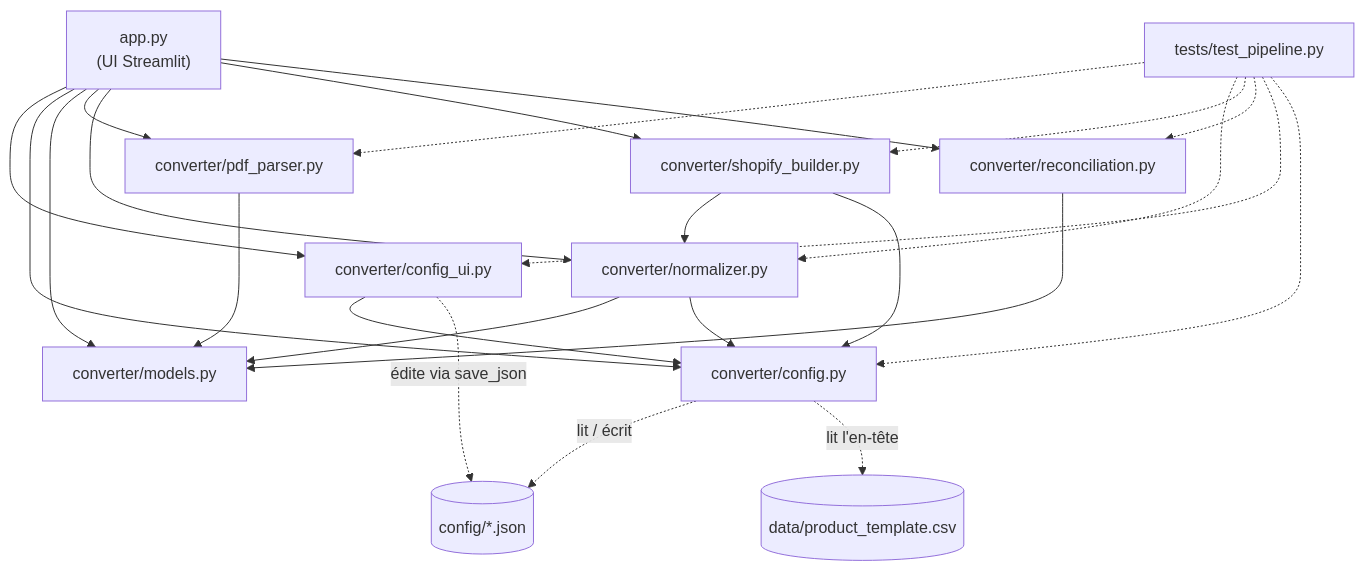
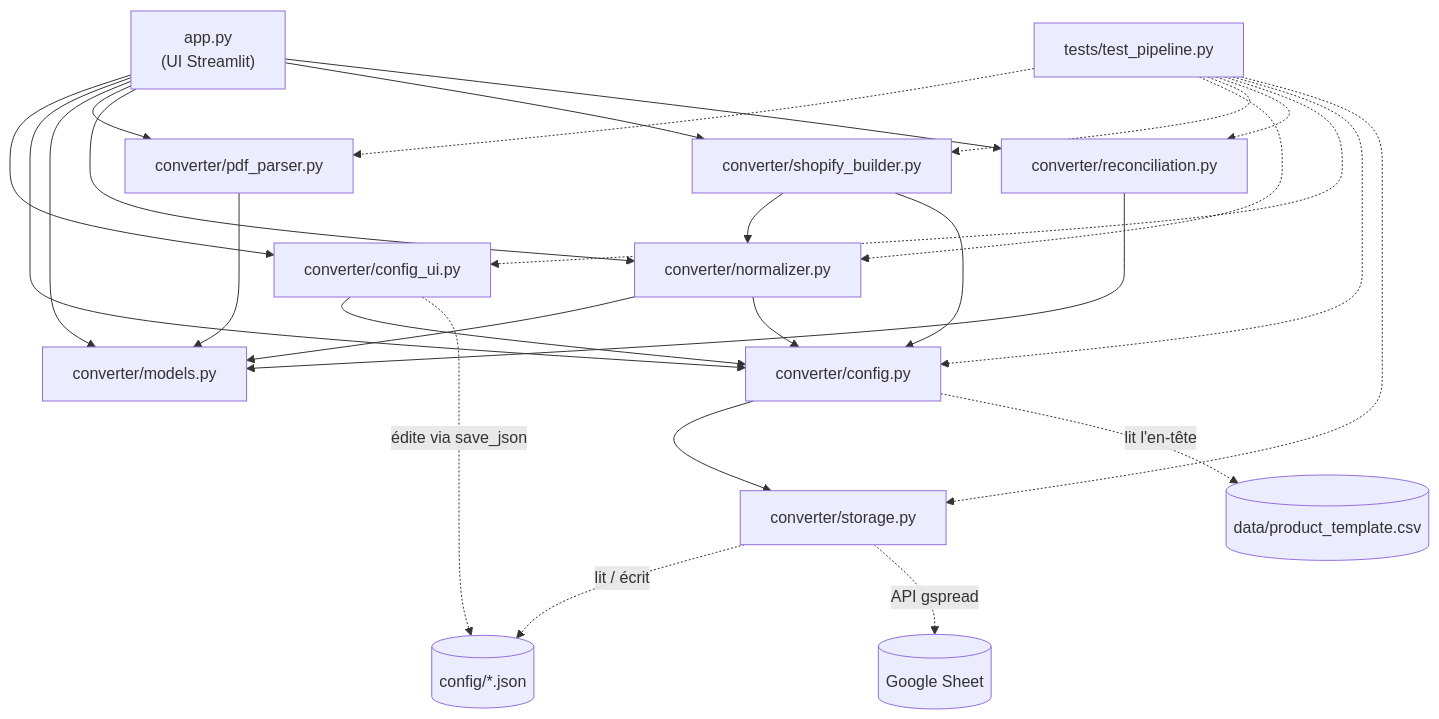
Before and after one commit to croseEffysense-ui/WSSS: the diagram in shopify-invoice-converter/DOCUMENTATION.md, drawn with Mermaid. The commit also changed other lines of this file and 7 other files, not shown here.

````diff
--- a/shopify-invoice-converter/DOCUMENTATION.md
+++ b/shopify-invoice-converter/DOCUMENTATION.md
@@ -151,41 +165,46 @@
 ```mermaid
 graph TD
     APP["app.py<br/>(UI Streamlit)"]
     CUI["converter/config_ui.py"]
     CFG["converter/config.py"]
     MOD["converter/models.py"]
     PARS["converter/pdf_parser.py"]
     NORM["converter/normalizer.py"]
     BUILD["converter/shopify_builder.py"]
     REC["converter/reconciliation.py"]
+    STORE["converter/storage.py"]
     JSON[("config/*.json")]
+    GS[("Google Sheet")]
     TPL[("data/product_template.csv")]
     TESTS["tests/test_pipeline.py"]
 
     APP --> CUI
     APP --> CFG
     APP --> MOD
     APP --> PARS
     APP --> NORM
     APP --> BUILD
     APP --> REC
 
     CUI --> CFG
     PARS --> MOD
     NORM --> MOD
     NORM --> CFG
     BUILD --> NORM
     BUILD --> CFG
     REC --> MOD
 
-    CFG -. lit / écrit .-> JSON
+    CFG --> STORE
+    STORE -. lit / écrit .-> JSON
+    STORE -. API gspread .-> GS
     CFG -. lit l'en-tête .-> TPL
     CUI -. édite via save_json .-> JSON
 
     TESTS -.-> PARS
     TESTS -.-> NORM
     TESTS -.-> BUILD
     TESTS -.-> REC
     TESTS -.-> CUI
     TESTS -.-> CFG
+    TESTS -.-> STORE
 ```
````
